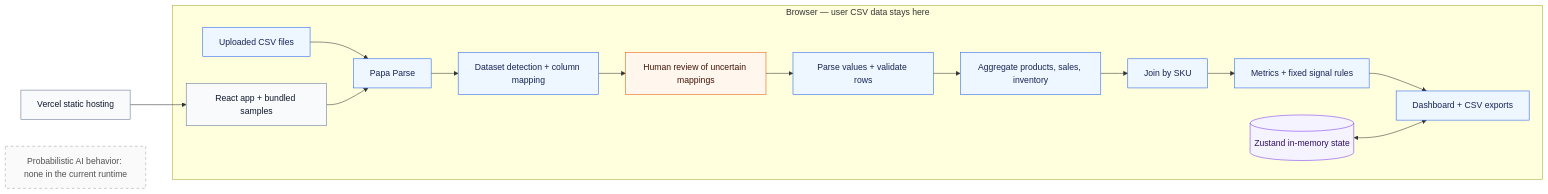
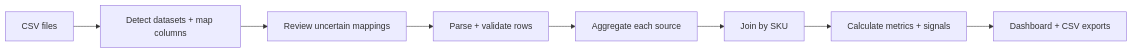
Before and after one commit to JianTing-Li/product-data-insights: the diagram in README.md, drawn with Mermaid. The commit also changed other lines of this file, not shown here.

````diff
--- a/README.md
+++ b/README.md
@@ -36,25 +42,10 @@
 ```mermaid
 flowchart LR
-    V["Vercel static hosting"]:::external --> S["React app + bundled samples"]:::external
-
-    subgraph B["Browser — user CSV data stays here"]
-        U["Uploaded CSV files"]:::deterministic --> P["Papa Parse"]:::deterministic
-        S --> P
-        P --> M["Dataset detection + column mapping"]:::deterministic
-        M --> R["Human review of uncertain mappings"]:::human
-        R --> X["Parse values + validate rows"]:::deterministic
-        X --> A["Aggregate products, sales, inventory"]:::deterministic
-        A --> J["Join by SKU"]:::deterministic
-        J --> C["Metrics + fixed signal rules"]:::deterministic
-        C --> UI["Dashboard + CSV exports"]:::deterministic
-        Z[("Zustand in-memory state")]:::storage <--> UI
-    end
-
-    N["Probabilistic AI behavior: none in the current runtime"]:::absent
-
-    classDef deterministic fill:#eef6ff,stroke:#2563eb,color:#172554
-    classDef human fill:#fff7ed,stroke:#ea580c,color:#431407
-    classDef storage fill:#f5f3ff,stroke:#7c3aed,color:#2e1065
-    classDef external fill:#f8fafc,stroke:#64748b,color:#0f172a
-    classDef absent fill:#fafafa,stroke:#a3a3a3,color:#525252,stroke-dasharray: 5 5
+    F["CSV files"] --> D["Detect datasets + map columns"]
+    D --> H["Review uncertain mappings"]
+    H --> V["Parse + validate rows"]
+    V --> A["Aggregate each source"]
+    A --> J["Join by SKU"]
+    J --> M["Calculate metrics + signals"]
+    M --> U["Dashboard + CSV exports"]
 ```
````
